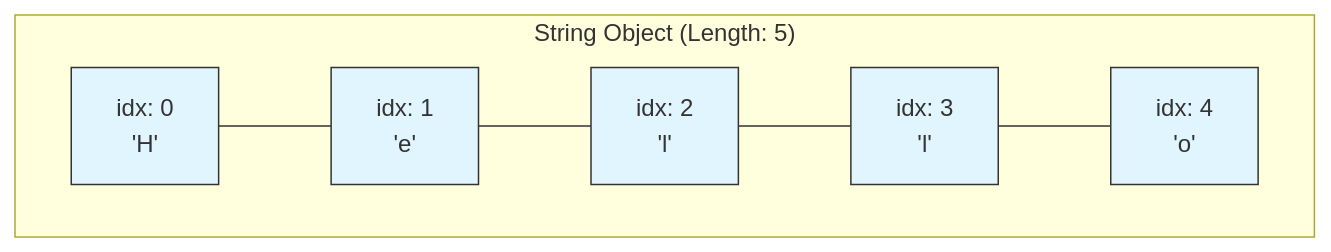
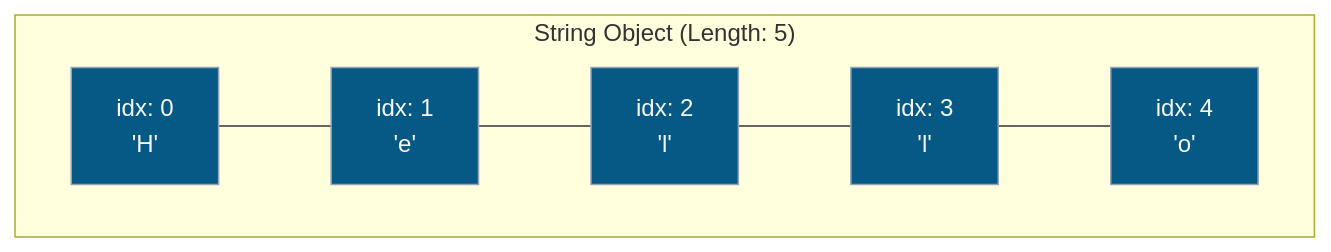
The first of 3 diagrams in _posts/java/09-불변_객체와_String_클래스/2026-01-25-string-클래스-주요-메서드.md (Kang-Hyesung/kang-hyesung.github.io), drawn with Mermaid before and after one commit. The commit also changed other lines of this file and 74 other files, not shown here.

Commit message:
docs: update post visibility and mermaid colors

````diff
--- a/_posts/java/09-불변_객체와_String_클래스/2026-01-25-string-클래스-주요-메서드.md
+++ b/_posts/java/09-불변_객체와_String_클래스/2026-01-25-string-클래스-주요-메서드.md
@@ -16,18 +16,18 @@
 ```mermaid
 graph LR
     subgraph "String Object (Length: 5)"
     direction LR
     I0["idx: 0<br/>'H'"] --- I1["idx: 1<br/>'e'"]
     I1 --- I2["idx: 2<br/>'l'"]
     I2 --- I3["idx: 3<br/>'l'"]
     I3 --- I4["idx: 4<br/>'o'"]
     end
 
     %% 스타일 정의
-    style I0 fill:#e1f5fe,stroke:#333
-    style I1 fill:#e1f5fe,stroke:#333
-    style I2 fill:#e1f5fe,stroke:#333
-    style I3 fill:#e1f5fe,stroke:#333
-    style I4 fill:#e1f5fe,stroke:#333
+    style I0 fill:#075985,stroke:#94a3b8,color:#f8fafc
+    style I1 fill:#075985,stroke:#94a3b8,color:#f8fafc
+    style I2 fill:#075985,stroke:#94a3b8,color:#f8fafc
+    style I3 fill:#075985,stroke:#94a3b8,color:#f8fafc
+    style I4 fill:#075985,stroke:#94a3b8,color:#f8fafc
 
 ```
````
